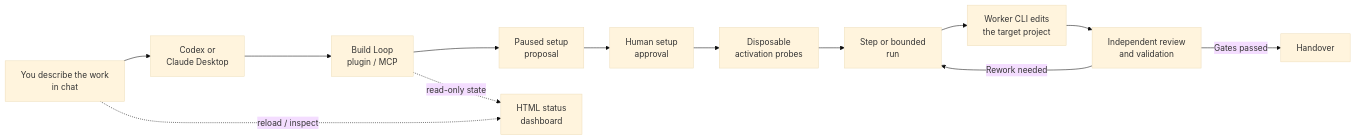
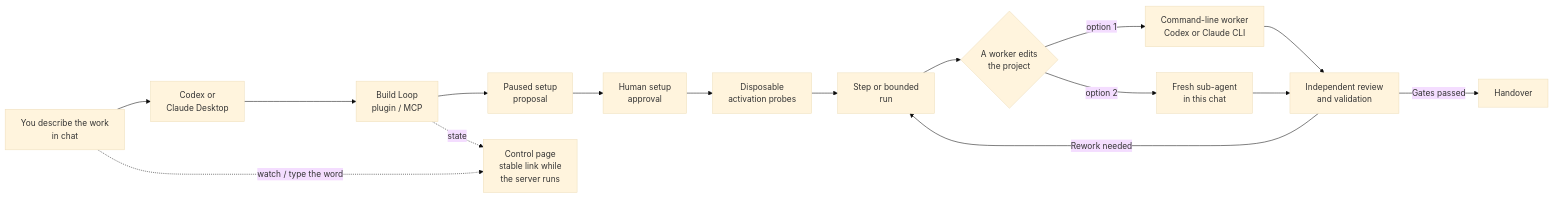
Before and after one commit to RezaGolriz/autonomous-build-loop-universal-template: the first of 2 diagrams in README.md, drawn with Mermaid (base theme). The commit also changed other lines of this file and 51 other files, not shown here.

First line of the commit message:
feat: control page with decisions, phone access, chat-hosted execution (v0.6.0)

````diff
--- a/README.md
+++ b/README.md
@@ -115,15 +115,18 @@
 ```mermaid
 flowchart LR
     U[You describe the work<br/>in chat] --> H[Codex or<br/>Claude Desktop]
     H --> M[Build Loop<br/>plugin / MCP]
     M --> P[Paused setup<br/>proposal]
     P --> A[Human setup<br/>approval]
     A --> V[Disposable<br/>activation probes]
     V --> R[Step or bounded<br/>run]
-    R --> W[Worker CLI edits<br/>the target project]
-    W --> Q[Independent review<br/>and validation]
+    R --> W{A worker edits<br/>the project}
+    W -->|option 1| W1[Command-line worker<br/>Codex or Claude CLI]
+    W -->|option 2| W2[Fresh sub-agent<br/>in this chat]
+    W1 --> Q[Independent review<br/>and validation]
+    W2 --> Q
     Q -->|Rework needed| R
     Q -->|Gates passed| O[Handover]
-    M -. read-only state .-> D[HTML status<br/>dashboard]
-    U -. reload / inspect .-> D
+    M -. state .-> D[Control page<br/>stable link while<br/>the server runs]
+    U -. watch / type the word .-> D
 ```
````
